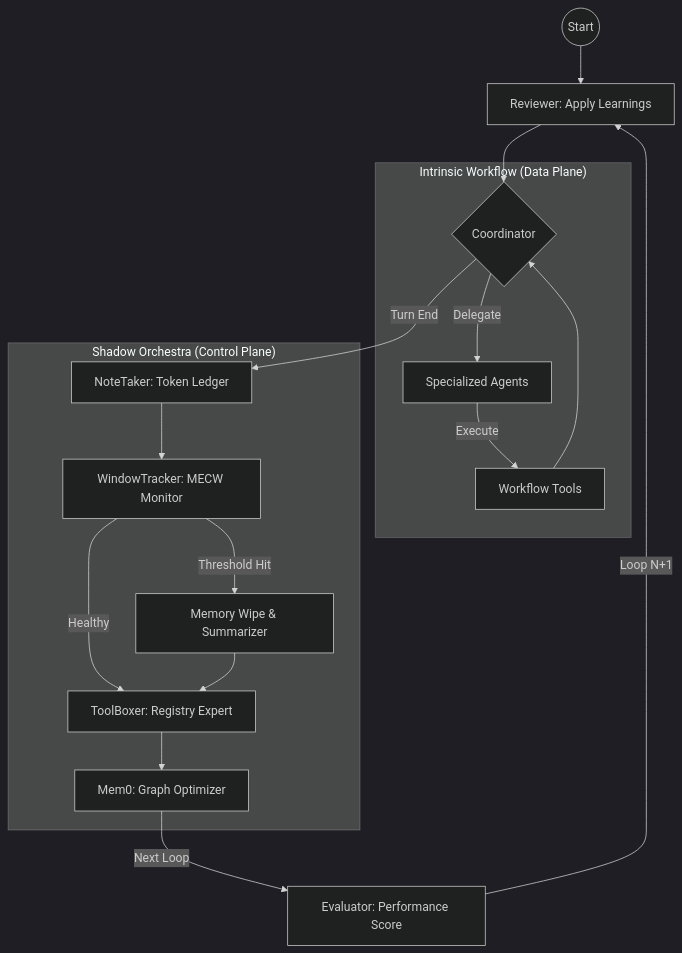
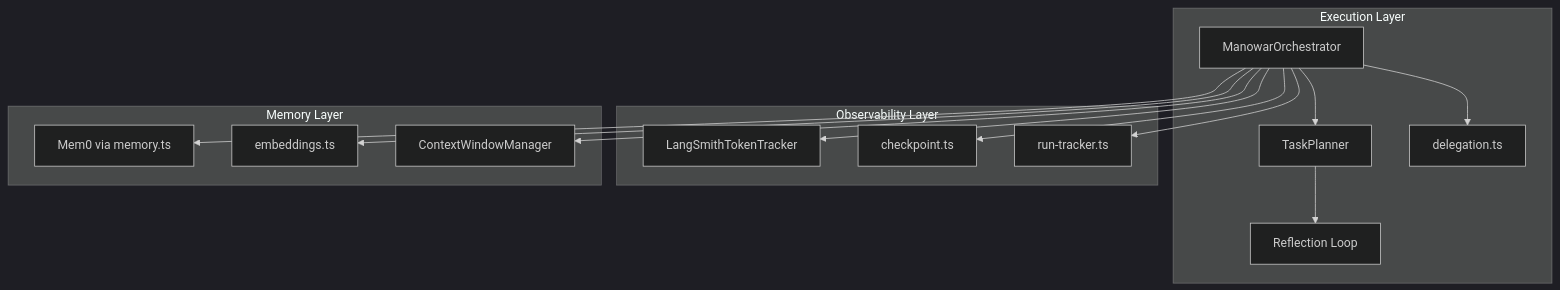
One commit to compose-market/docs changed the diagram in framework/framework.mdx. Above: the diagram before and after it, drawn with Mermaid (dark theme). The commit also changed other lines of this file and 3 other files, not shown here.

````diff
--- a/framework/framework.mdx
+++ b/framework/framework.mdx
@@ -17,21 +12,20 @@
 ```mermaid
 graph TD
-    START((Start)) --> Reviewer[Reviewer: Apply Learnings]
-    Reviewer --> Coordinator{Coordinator}
-    subgraph "Intrinsic Workflow (Data Plane)"
-        Coordinator -->|Delegate| Agents[Specialized Agents]
-        Agents -->|Execute| Tools[Workflow Tools]
-        Tools --> Coordinator
+    subgraph "Execution Layer"
+        O[ManowarOrchestrator] --> P[TaskPlanner]
+        O --> D[delegation.ts]
+        P --> R[Reflection Loop]
     end
-
-    subgraph "Shadow Orchestra (Control Plane)"
-        Coordinator -->|Turn End| NoteTaker[NoteTaker: Token Ledger]
-        NoteTaker --> WindowTracker[WindowTracker: MECW Monitor]
-        WindowTracker -->|Threshold Hit| MemoryWipe[Memory Wipe & Summarizer]
-        WindowTracker -->|Healthy| ToolBoxer[ToolBoxer: Registry Expert]
-        MemoryWipe --> ToolBoxer
-        ToolBoxer --> Mem0[Mem0: Graph Optimizer]
+    
+    subgraph "Observability Layer"
+        O --> L[LangSmithTokenTracker]
+        O --> C[checkpoint.ts]
+        O --> RT[run-tracker.ts]
     end
-    Mem0 -->|Next Loop| Evaluator[Evaluator: Performance Score]
-    Evaluator -->|Loop N+1| Reviewer
+    
+    subgraph "Memory Layer"
+        O --> M[Mem0 via memory.ts]
+        O --> E[embeddings.ts]
+        O --> CTX[ContextWindowManager]
+    end
 ```
````
